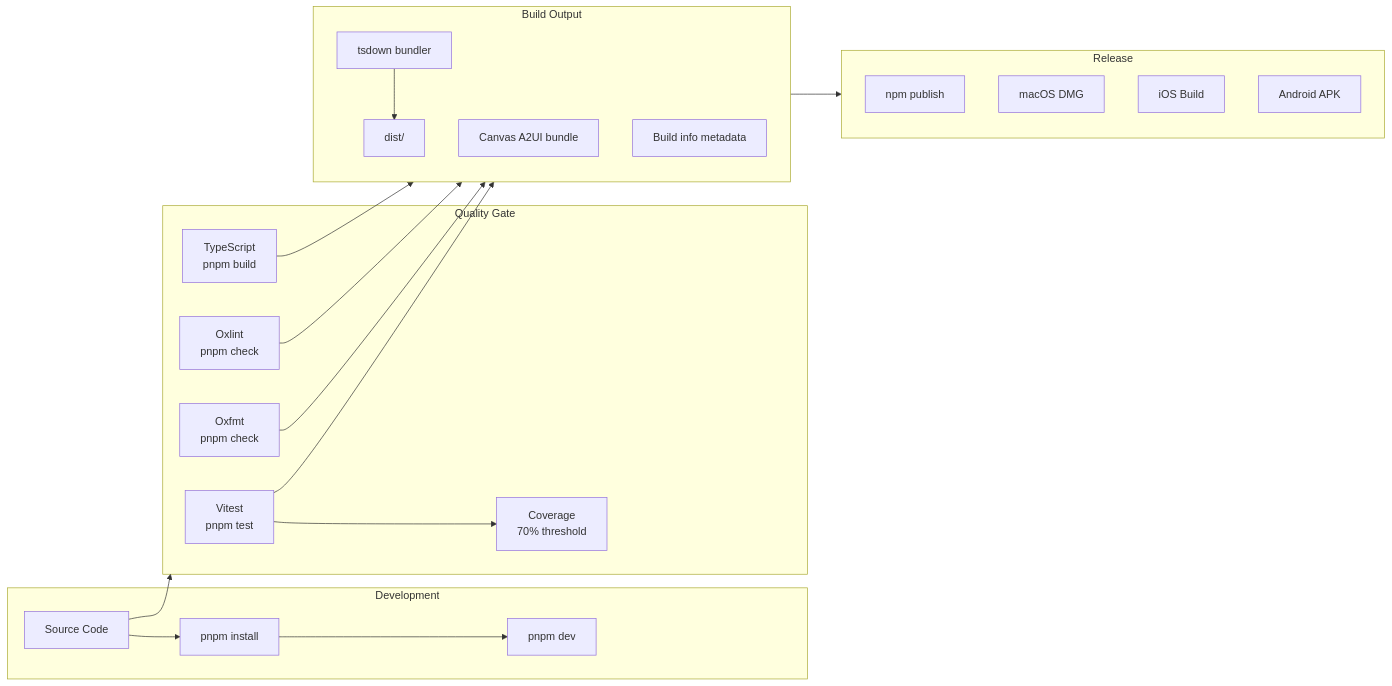
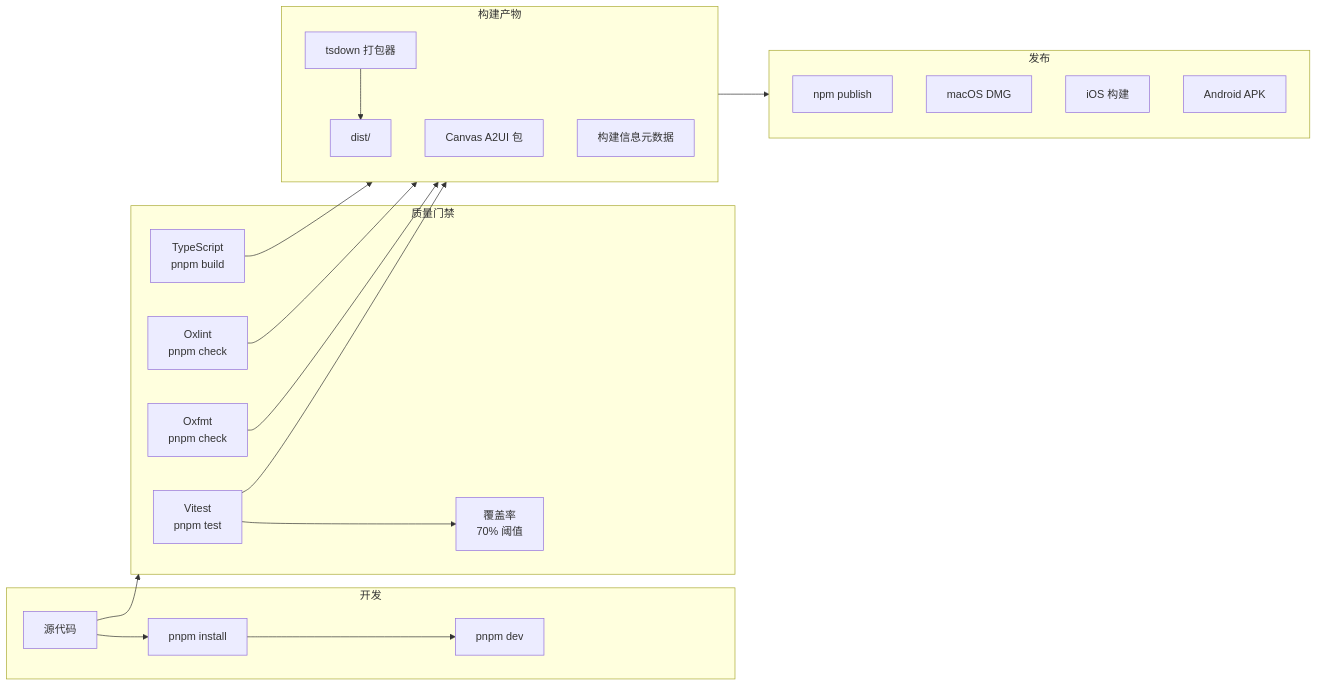
Diagram 14 of 15 in docs/reference/architecture.md (dqaria/openclaw), drawn with Mermaid before and after one commit. The commit also changed other lines of this file, not shown here.

First line of the commit message:
docs: rewrite architecture documentation in Chinese

````diff
--- a/docs/reference/architecture.md
+++ b/docs/reference/architecture.md
@@ -947,37 +947,37 @@
 ```mermaid
 graph LR
-    subgraph Dev["Development"]
-        CODE[Source Code]
+    subgraph Dev["开发"]
+        CODE[源代码]
         PNPM[pnpm install]
         DEV[pnpm dev]
     end
 
-    subgraph QualityGate["Quality Gate"]
-        TYPECHECK[TypeScript<br/>pnpm build]
-        LINT[Oxlint<br/>pnpm check]
-        FORMAT[Oxfmt<br/>pnpm check]
-        TEST[Vitest<br/>pnpm test]
-        COV[Coverage<br/>70% threshold]
+    subgraph QualityGate["质量门禁"]
+        TYPECHECK["TypeScript<br/>pnpm build"]
+        LINT["Oxlint<br/>pnpm check"]
+        FORMAT["Oxfmt<br/>pnpm check"]
+        TEST["Vitest<br/>pnpm test"]
+        COV["覆盖率<br/>70% 阈值"]
     end
 
-    subgraph Build["Build Output"]
-        TSDOWN[tsdown bundler]
+    subgraph Build["构建产物"]
+        TSDOWN[tsdown 打包器]
         DIST[dist/]
-        A2UI[Canvas A2UI bundle]
-        BUILD_INFO[Build info metadata]
+        A2UI[Canvas A2UI 包]
+        BUILD_INFO[构建信息元数据]
     end
 
-    subgraph Release["Release"]
+    subgraph Release["发布"]
         NPM[npm publish]
         MAC_PKG[macOS DMG]
-        IOS_BLD[iOS Build]
+        IOS_BLD[iOS 构建]
         ANDROID_BLD[Android APK]
     end
 
     CODE --> PNPM --> DEV
     CODE --> QualityGate
     TYPECHECK & LINT & FORMAT & TEST --> Build
     TEST --> COV
     TSDOWN --> DIST
     Build --> Release
 ```
````
